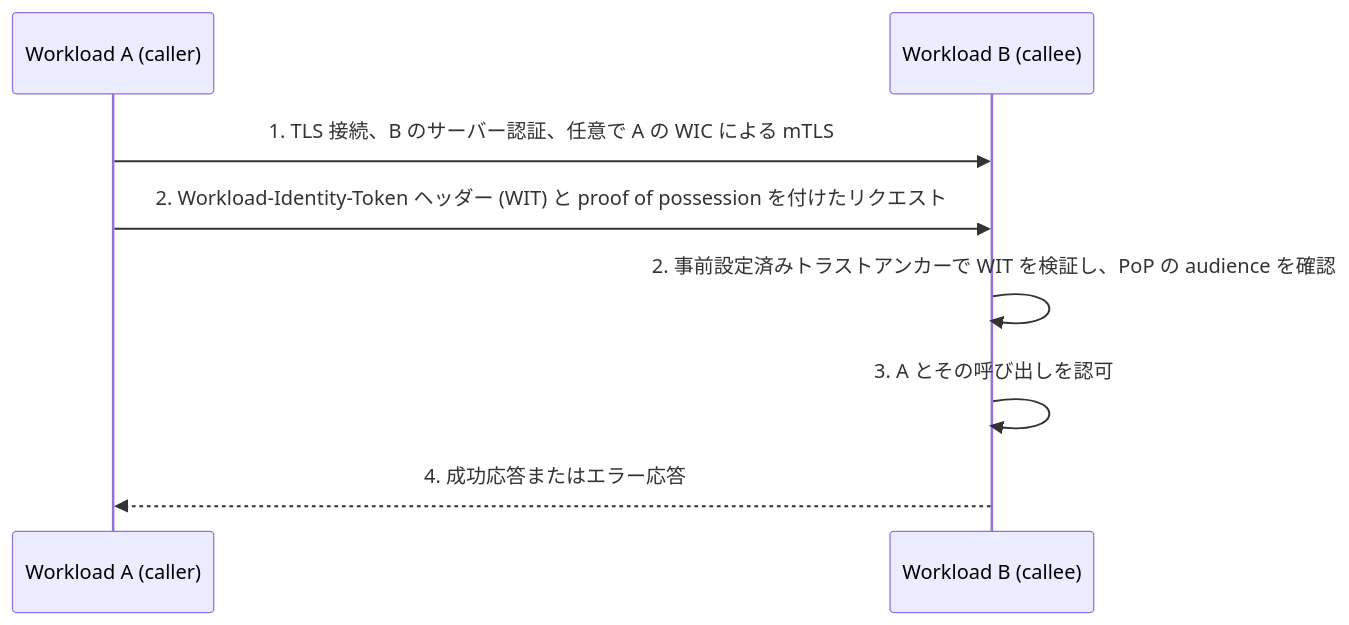
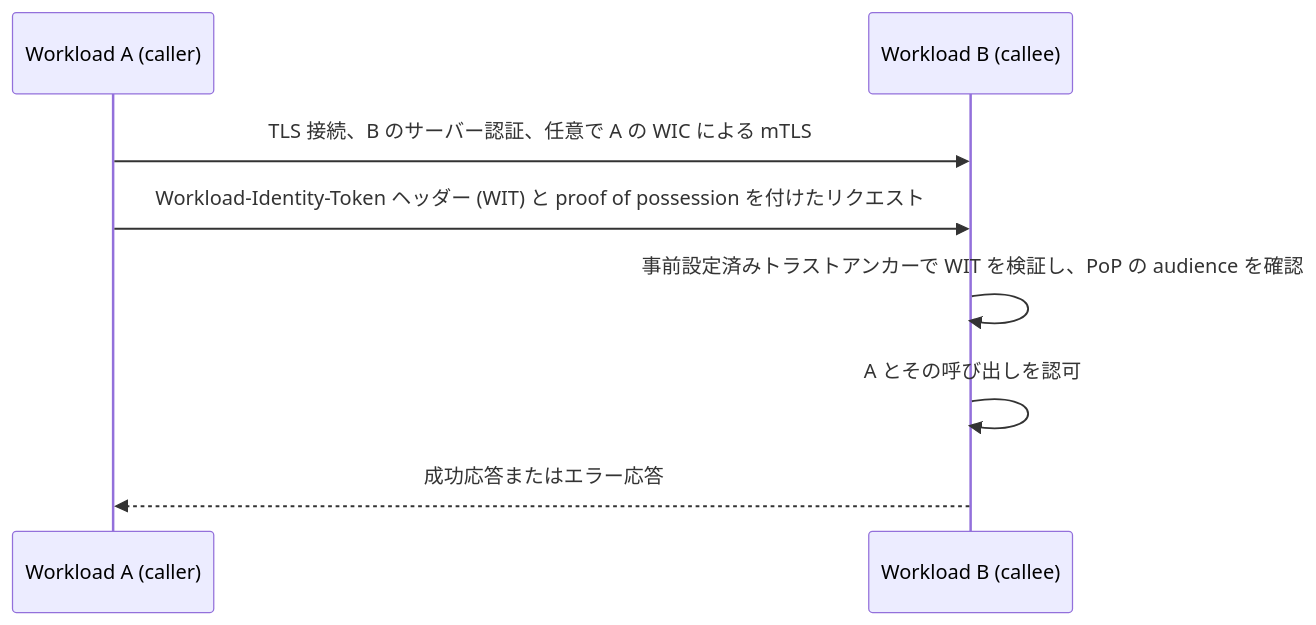
One commit to 0-draft/identity-deep-dive changed the diagram in tracks/ietf-wimse/deep-dives/draft-ietf-wimse-workload-creds/README.ja.md. Above: the diagram before and after it, drawn with Mermaid. The commit also changed other lines of this file and 1 other file, not shown here.

Commit message:
docs(ietf-wimse): unnumbered diagram labels and Appendix A.1

````diff
--- a/tracks/ietf-wimse/deep-dives/draft-ietf-wimse-workload-creds/README.ja.md
+++ b/tracks/ietf-wimse/deep-dives/draft-ietf-wimse-workload-creds/README.ja.md
@@ -15,10 +15,10 @@
 ```mermaid
 sequenceDiagram
     participant A as Workload A (caller)
     participant B as Workload B (callee)
-    A->>B: 1. TLS 接続、B のサーバー認証、任意で A の WIC による mTLS
-    A->>B: 2. Workload-Identity-Token ヘッダー (WIT) と proof of possession を付けたリクエスト
-    B->>B: 2. 事前設定済みトラストアンカーで WIT を検証し、PoP の audience を確認
-    B->>B: 3. A とその呼び出しを認可
-    B-->>A: 4. 成功応答またはエラー応答
+    A->>B: TLS 接続、B のサーバー認証、任意で A の WIC による mTLS
+    A->>B: Workload-Identity-Token ヘッダー (WIT) と proof of possession を付けたリクエスト
+    B->>B: 事前設定済みトラストアンカーで WIT を検証し、PoP の audience を確認
+    B->>B: A とその呼び出しを認可
+    B-->>A: 成功応答またはエラー応答
 ```
````
